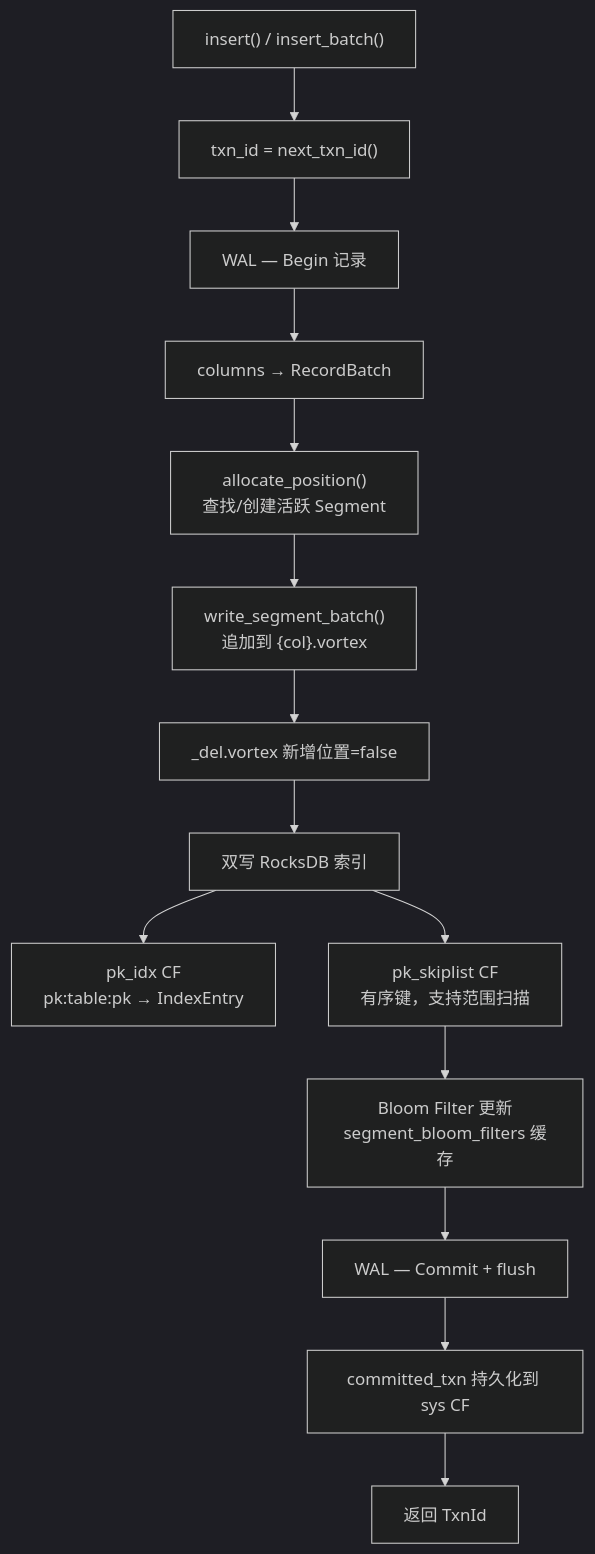
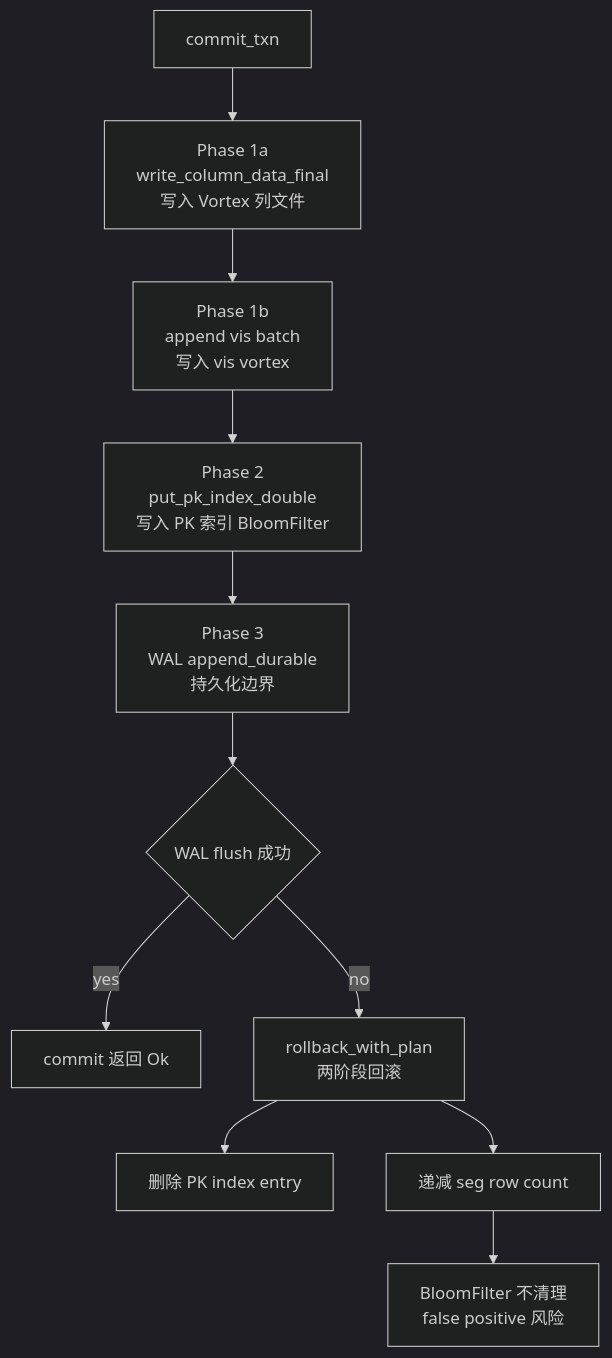
One commit to qianzii2/rockduck changed diagram 19 of 39 in README.md. Above: the diagram before and after it, drawn with Mermaid (dark theme). The commit also changed other lines of this file and 8 other files, not shown here.

````diff
--- a/README.md
+++ b/README.md
@@ -629,19 +501,20 @@
 ```mermaid
-flowchart TD
-    A["insert() / insert_batch()"] --> B["txn_id = next_txn_id()"]
-    B --> C["WAL — Begin 记录"]
-    C --> D["columns → RecordBatch"]
-    D --> E["allocate_position()\n查找/创建活跃 Segment"]
+flowchart TB
+    A["commit_txn"]
+    B["Phase 1a<br/>write_column_data_final<br/>写入 Vortex 列文件"]
+    C["Phase 1b<br/>append vis batch<br/>写入 vis vortex"]
+    D["Phase 2<br/>put_pk_index_double<br/>写入 PK 索引 BloomFilter"]
+    E["Phase 3<br/>WAL append_durable<br/>持久化边界"]
+    F{"WAL flush 成功"}
+    G["commit 返回 Ok"]
+    H["rollback_with_plan<br/>两阶段回滚"]
+    I["删除 PK index entry"]
+    J["递减 seg row count"]
+    K["BloomFilter 不清理<br/>false positive 风险"]
 
-    E --> F["write_segment_batch()\n追加到 {col}.vortex"]
-    F --> G["_del.vortex 新增位置=false"]
-    G --> H["双写 RocksDB 索引"]
-
-    H --> H1["pk_idx CF\npk:table:pk → IndexEntry"]
-    H --> H2["pk_skiplist CF\n有序键，支持范围扫描"]
-
-    H2 --> I["Bloom Filter 更新\nsegment_bloom_filters 缓存"]
-    I --> J["WAL — Commit + flush"]
-    J --> K["committed_txn 持久化到 sys CF"]
-    K --> L["返回 TxnId"]
+    A --> B --> C --> D --> E --> F
+    F -->|yes| G
+    F -->|no| H --> I
+    H --> J
+    J --> K
 ```
````
